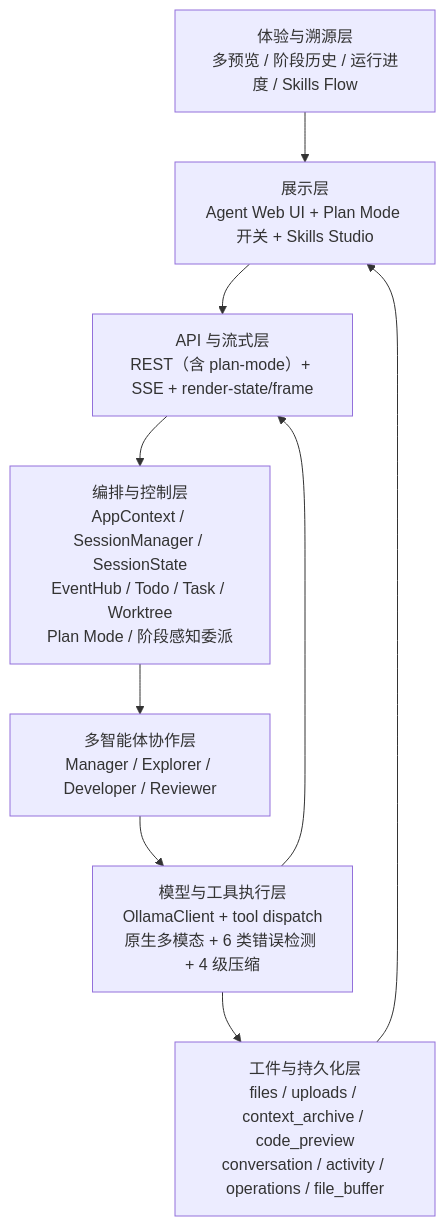
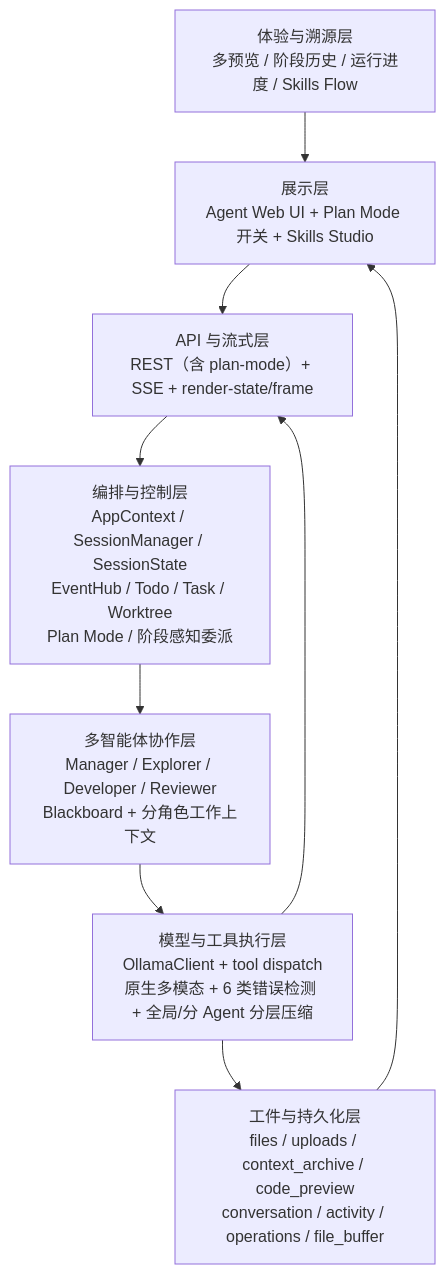
The first of 15 diagrams in README-zh.md (FonaTech/Clouds-Coder), drawn with Mermaid before and after one commit. The commit also changed other lines of this file and 6 other files, not shown here.

````diff
--- a/README-zh.md
+++ b/README-zh.md
@@ -182,13 +184,13 @@
 ```mermaid
 flowchart TB
   UX["体验与溯源层<br/>多预览 / 阶段历史 / 运行进度 / Skills Flow"]
   UI["展示层<br/>Agent Web UI + Plan Mode 开关 + Skills Studio"]
   API["API 与流式层<br/>REST（含 plan-mode）+ SSE + render-state/frame"]
   ORCH["编排与控制层<br/>AppContext / SessionManager / SessionState<br/>EventHub / Todo / Task / Worktree<br/>Plan Mode / 阶段感知委派"]
-  AGENT["多智能体协作层<br/>Manager / Explorer / Developer / Reviewer"]
-  EXEC["模型与工具执行层<br/>OllamaClient + tool dispatch<br/>原生多模态 + 6 类错误检测 + 4 级压缩"]
+  AGENT["多智能体协作层<br/>Manager / Explorer / Developer / Reviewer<br/>Blackboard + 分角色工作上下文"]
+  EXEC["模型与工具执行层<br/>OllamaClient + tool dispatch<br/>原生多模态 + 6 类错误检测 + 全局/分 Agent 分层压缩"]
   DATA["工件与持久化层<br/>files / uploads / context_archive / code_preview<br/>conversation / activity / operations / file_buffer"]
   UX --> UI --> API --> ORCH --> AGENT --> EXEC --> DATA
   EXEC --> API
   DATA --> UI
 ```
````
